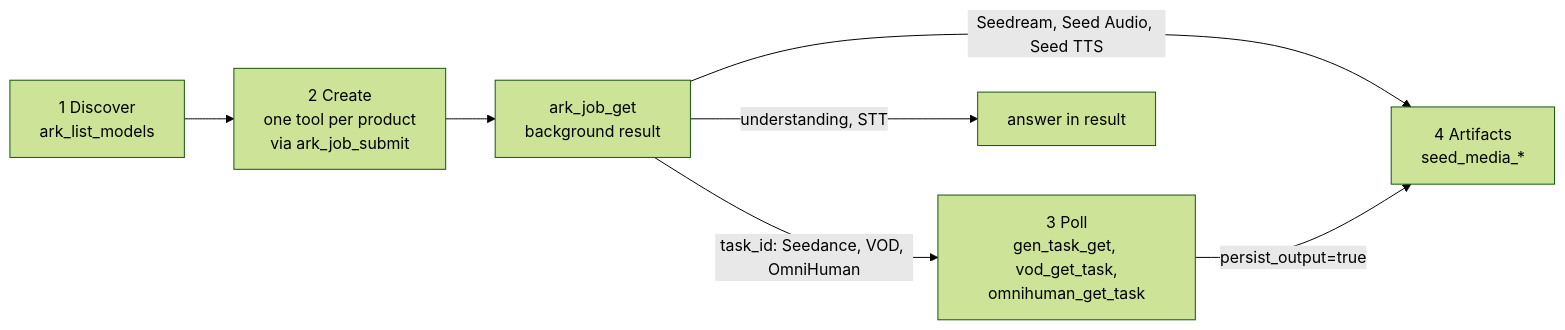
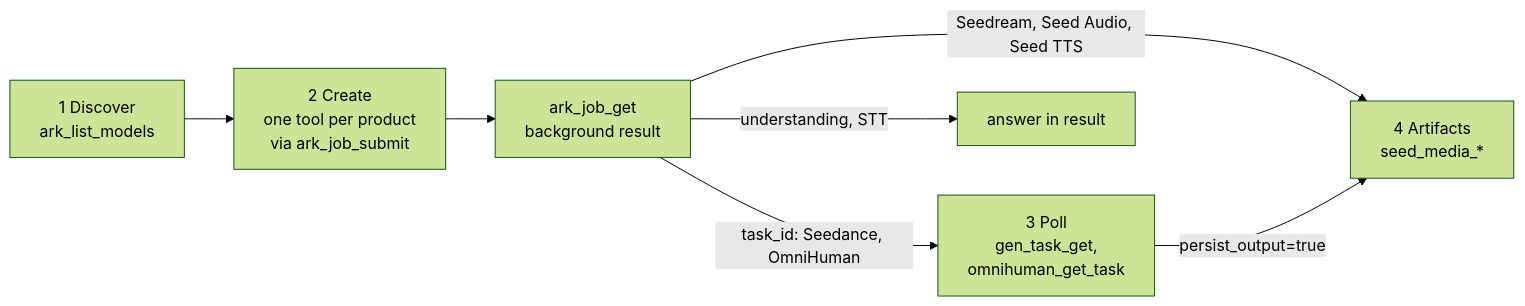
Before and after one commit to byteplus-sa/ark-mcp: the diagram in .agents/skills/ark-mcp/SKILL.md, drawn with Mermaid (forest theme). The commit also changed other lines of this file and 106 other files, not shown here.

````diff
--- a/.agents/skills/ark-mcp/SKILL.md
+++ b/.agents/skills/ark-mcp/SKILL.md
@@ -44,9 +43,9 @@
 ```mermaid
 flowchart LR
     discover["1 Discover<br/>ark_list_models"] --> create["2 Create<br/>one tool per product<br/>via ark_job_submit"]
     create --> job["ark_job_get<br/>background result"]
-    job -->|"task_id: Seedance, VOD, OmniHuman"| poll["3 Poll<br/>gen_task_get, vod_get_task,<br/>omnihuman_get_task"]
+    job -->|"task_id: Seedance, OmniHuman"| poll["3 Poll<br/>gen_task_get,<br/>omnihuman_get_task"]
     job -->|"Seedream, Seed Audio, Seed TTS"| artifacts["4 Artifacts<br/>seed_media_*"]
     job -->|"understanding, STT"| text["answer in result"]
     poll -->|"persist_output=true"| artifacts
 ```
````
